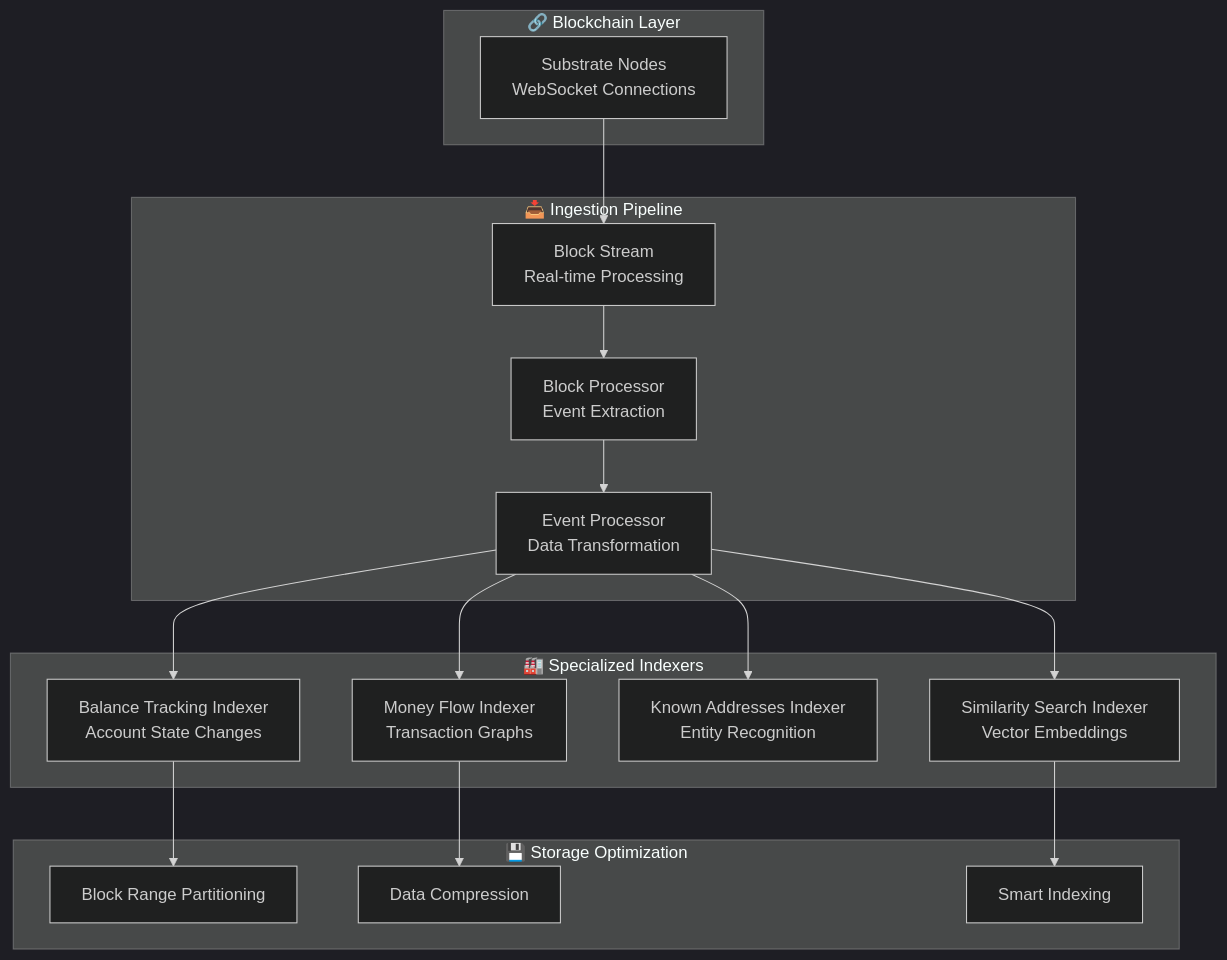
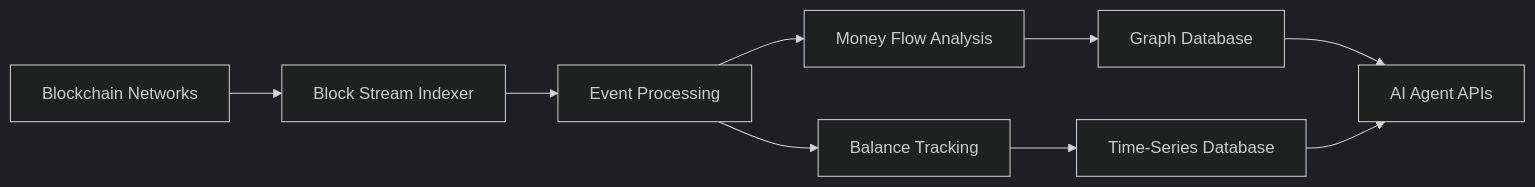
Before and after one commit to chainswarm/chainswarm: the first of 2 diagrams in README.md, drawn with Mermaid (dark theme). The commit also changed other lines of this file, not shown here.

````diff
--- a/README.md
+++ b/README.md
@@ -137,38 +115,11 @@
 ```mermaid
-graph TB
-    subgraph "🔗 Blockchain Layer"
-        NODES[Substrate Nodes<br/>WebSocket Connections]
-    end
-    
-    subgraph "📥 Ingestion Pipeline"
-        BS[Block Stream<br/>Real-time Processing]
-        BP[Block Processor<br/>Event Extraction]
-        EP[Event Processor<br/>Data Transformation]
-    end
-    
-    subgraph "🏭 Specialized Indexers"
-        BTI[Balance Tracking Indexer<br/>Account State Changes]
-        MFI[Money Flow Indexer<br/>Transaction Graphs]
-        KAI[Known Addresses Indexer<br/>Entity Recognition]
-        SSI[Similarity Search Indexer<br/>Vector Embeddings]
-    end
-    
-    subgraph "💾 Storage Optimization"
-        PART[Block Range Partitioning]
-        COMP[Data Compression]
-        IDX[Smart Indexing]
-    end
-    
-    NODES --> BS
-    BS --> BP
-    BP --> EP
-    
-    EP --> BTI
-    EP --> MFI
-    EP --> KAI
-    EP --> SSI
-    
-    BTI --> PART
-    MFI --> COMP
-    SSI --> IDX
+graph LR
+    A[Blockchain Networks] --> B[Block Stream Indexer]
+    B --> C[Event Processing]
+    C --> D[Money Flow Analysis]
+    C --> E[Balance Tracking]
+    D --> F[Graph Database]
+    E --> G[Time-Series Database]
+    F --> H[AI Agent APIs]
+    G --> H
 ```
````
